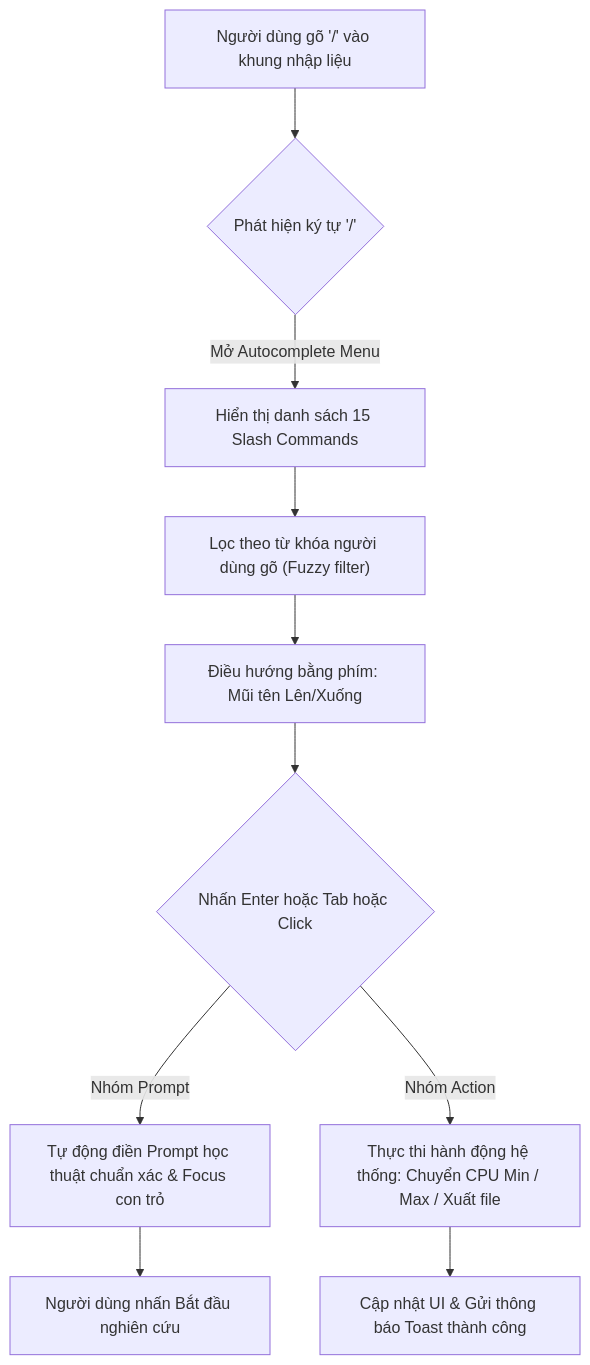
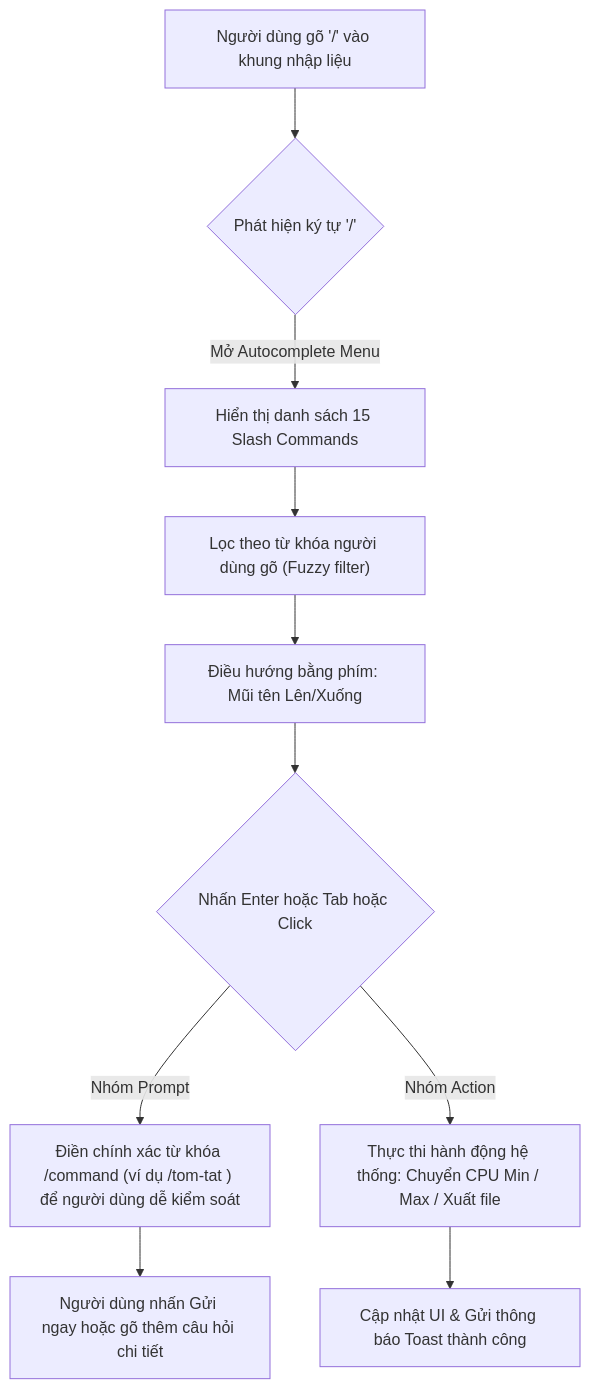
Before and after one commit to ducmanh-jr/Multi-Agent_RAG: the diagram in SLASH_COMMANDS_GUIDE.md, drawn with Mermaid. The commit also changed other lines of this file and 5 other files, not shown here.

````diff
--- a/SLASH_COMMANDS_GUIDE.md
+++ b/SLASH_COMMANDS_GUIDE.md
@@ -12,12 +12,12 @@
 ```mermaid
 flowchart TD
     A["Người dùng gõ '/' vào khung nhập liệu"] --> B{"Phát hiện ký tự '/'"}
     B -->|Mở Autocomplete Menu| C["Hiển thị danh sách 15 Slash Commands"]
     C --> D["Lọc theo từ khóa người dùng gõ (Fuzzy filter)"]
     D --> E["Điều hướng bằng phím: Mũi tên Lên/Xuống"]
     E --> F{"Nhấn Enter hoặc Tab hoặc Click"}
-    F -->|Nhóm Prompt| G["Tự động điền Prompt học thuật chuẩn xác & Focus con trỏ"]
+    F -->|Nhóm Prompt| G["Điền chính xác từ khóa /command (ví dụ /tom-tat ) để người dùng dễ kiểm soát"]
     F -->|Nhóm Action| H["Thực thi hành động hệ thống: Chuyển CPU Min / Max / Xuất file"]
-    G --> I["Người dùng nhấn Bắt đầu nghiên cứu"]
+    G --> I["Người dùng nhấn Gửi ngay hoặc gõ thêm câu hỏi chi tiết"]
     H --> J["Cập nhật UI & Gửi thông báo Toast thành công"]
 ```
````
